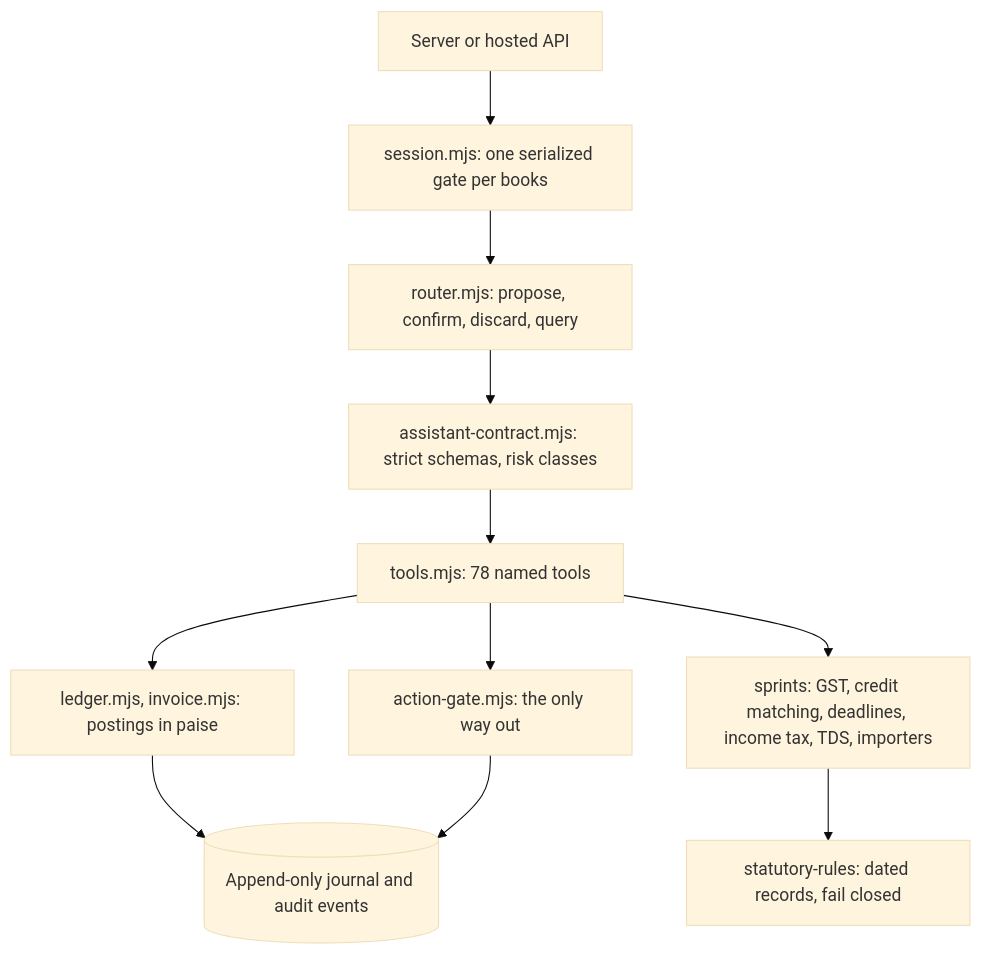
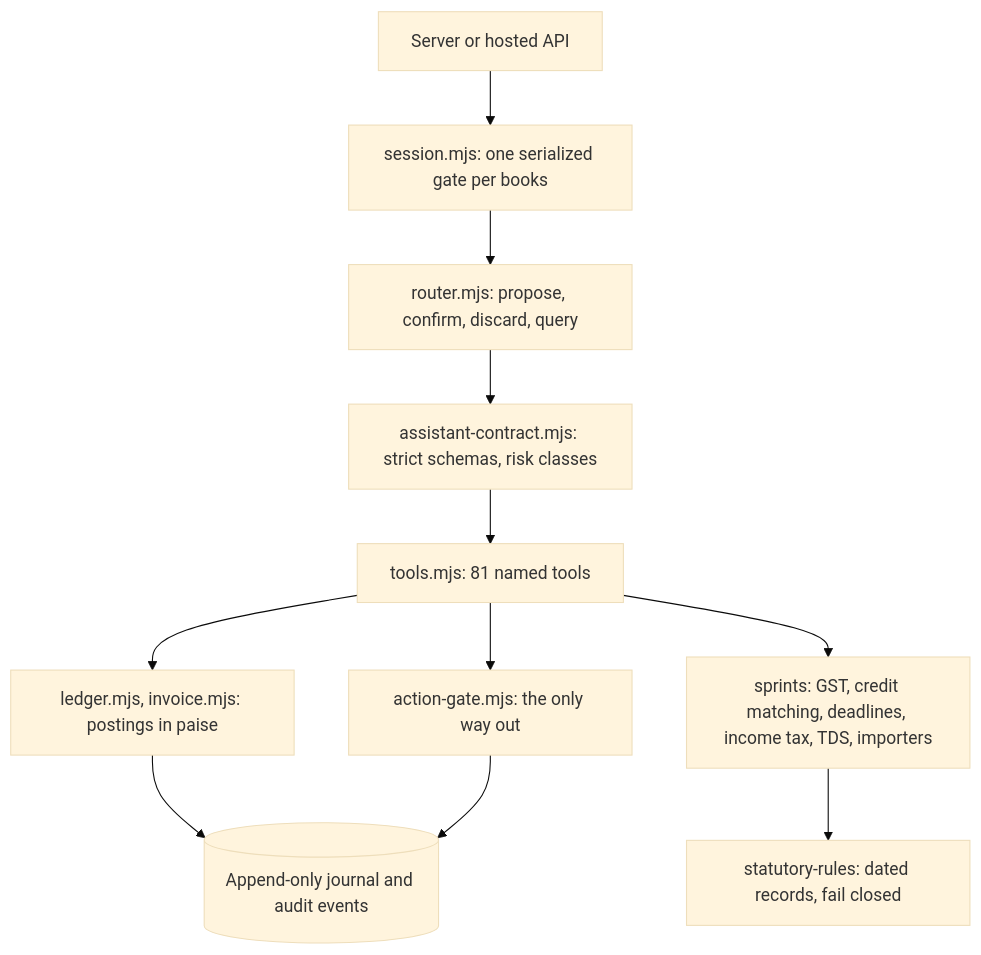
One commit to Vidyuthlabstechnologies/myca changed the second of 3 diagrams in docs/architecture/ARCHITECTURE.md. Above: the diagram before and after it, drawn with Mermaid (base theme). The commit also changed other lines of this file and 17 other files, not shown here.

````diff
--- a/docs/architecture/ARCHITECTURE.md
+++ b/docs/architecture/ARCHITECTURE.md
@@ -56,13 +56,13 @@
 ```mermaid
 flowchart TD
   caller[Server or hosted API] --> session[session.mjs: one serialized gate per books]
   session --> router[router.mjs: propose, confirm, discard, query]
   router --> contract[assistant-contract.mjs: strict schemas, risk classes]
-  contract --> tools[tools.mjs: 78 named tools]
+  contract --> tools[tools.mjs: 81 named tools]
   tools --> ledger[ledger.mjs, invoice.mjs: postings in paise]
   tools --> engines[sprints: GST, credit matching, deadlines, income tax, TDS, importers]
   tools --> gate[action-gate.mjs: the only way out]
   engines --> rules[statutory-rules: dated records, fail closed]
   ledger --> journal[(Append-only journal and audit events)]
   gate --> journal
 ```
````
